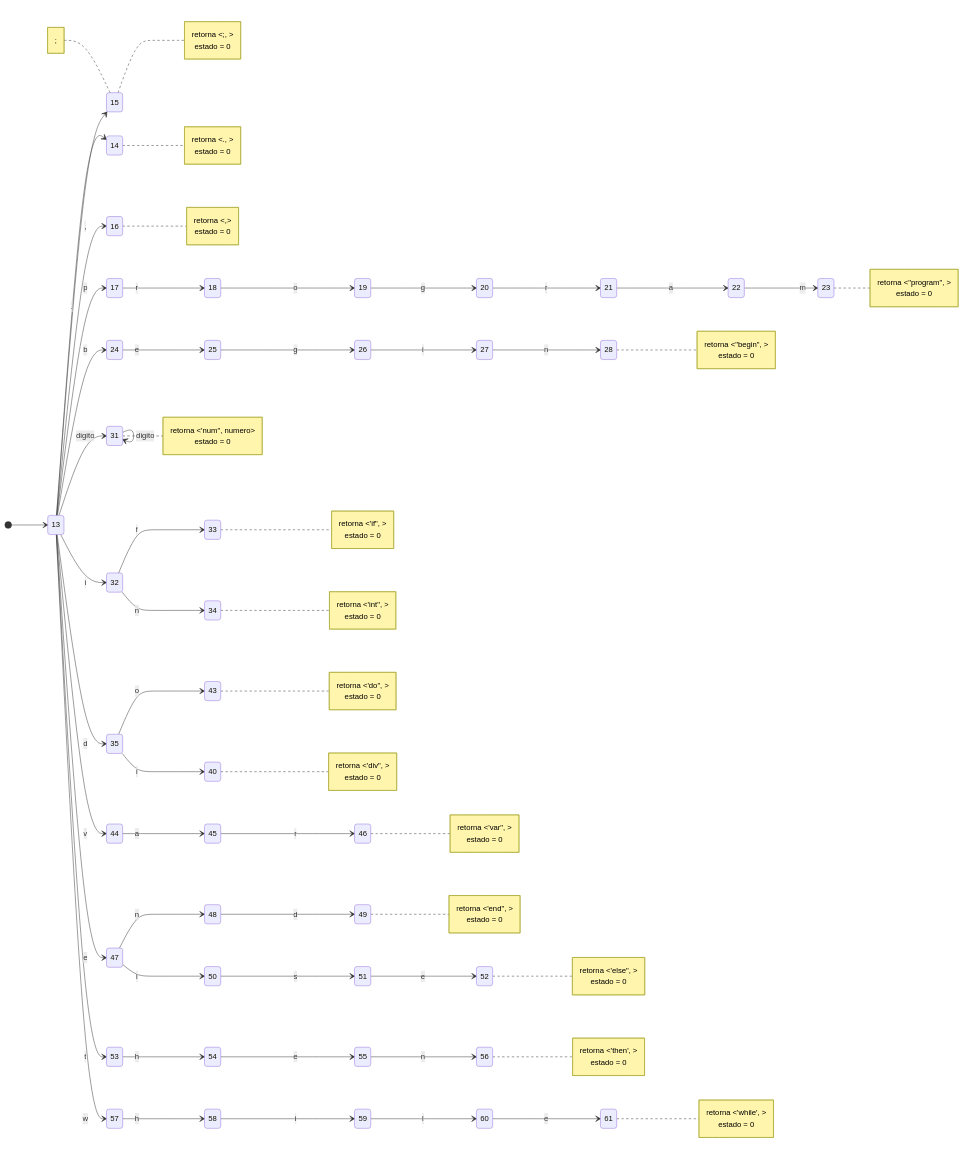
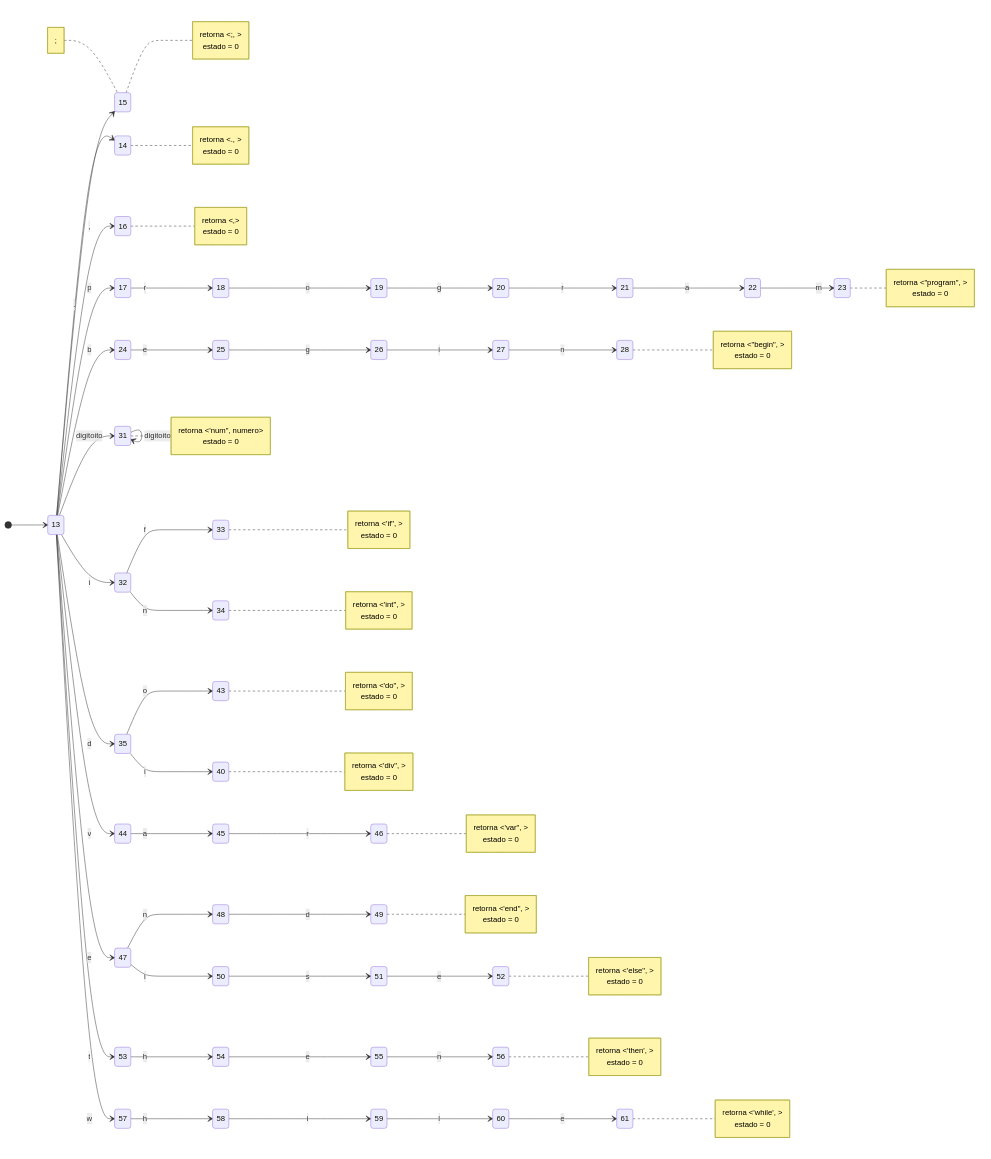
The third of 5 diagrams in teoria da computacao/Trabalho/README.md (lucas-lobato/UERJ), drawn with Mermaid before and after one commit. The commit also changed other lines of this file, not shown here.

Commit message:
feat: adicionando diagrama de operadores aritmeticos e id

```diff
--- a/teoria da computacao/Trabalho/README.md
+++ b/teoria da computacao/Trabalho/README.md
@@ -118,8 +118,8 @@
 retorna <"begin", >
     estado = 0
 end note
-13 --> 31: digito
-31 --> 31: digito
+13 --> 31: digitoito
+31 --> 31: digitoito
 note right of 31
 retorna <'num", numero>
     estado = 0
```
